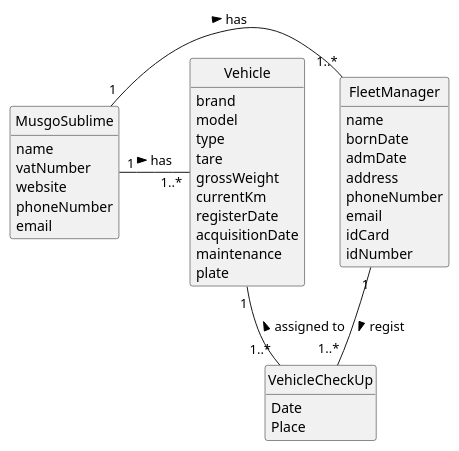
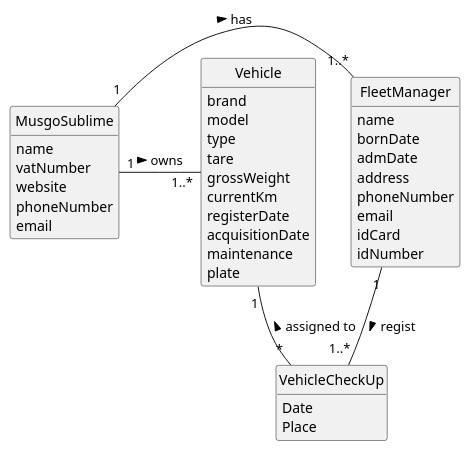
The diagram in docs/sprintA/us007/02.analysis/puml/us007-domain-model.puml (1231360-ISEP/lei-24-s2-1db-g021), drawn with PlantUML before and after one commit.

Commit message:
Fixing US7 OO analysis

```diff
--- a/docs/sprintA/us007/02.analysis/puml/us007-domain-model.puml
+++ b/docs/sprintA/us007/02.analysis/puml/us007-domain-model.puml
@@ -1,52 +1,52 @@
 @startuml
 skinparam monochrome true
 skinparam packageStyle rectangle
 skinparam shadowing false
 
 skinparam classAttributeIconSize 0
 
 hide circle
 hide methods
 
 class MusgoSublime {
     name
     vatNumber
     website
     phoneNumber
     email
 }
 
 class FleetManager {
     name
     bornDate
     admDate
     address
     phoneNumber
     email
     idCard
     idNumber
 }
 
 class Vehicle {
     brand
     model
     type
     tare
     grossWeight
     currentKm
     registerDate
     acquisitionDate
     maintenance
     plate
 }
 
 class VehicleCheckUp {
     Date
     Place
 }
 
 MusgoSublime "1" - "1..*" FleetManager: has >
-MusgoSublime "1" - "1..*" Vehicle: has >
+MusgoSublime "1" - "1..*" Vehicle: owns >
 FleetManager "1" -- "1..*" VehicleCheckUp : regist >
-Vehicle "1" -- "1..*" VehicleCheckUp : assigned to <
+Vehicle "1" -- "*" VehicleCheckUp : assigned to <
 @enduml
```
